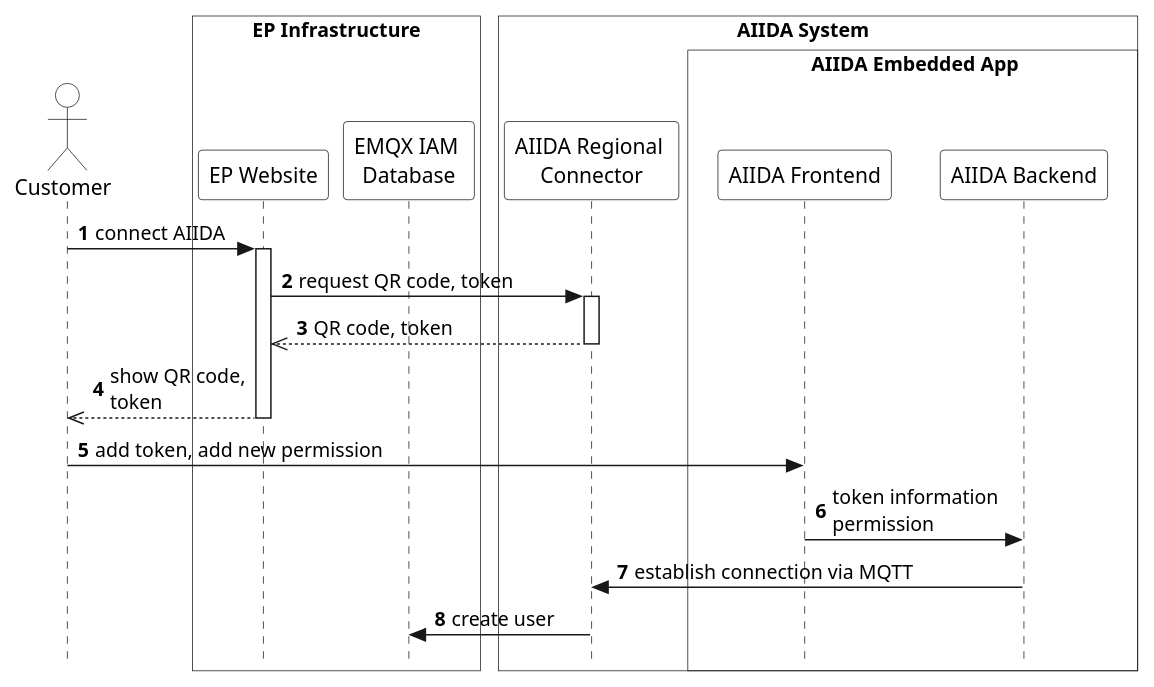
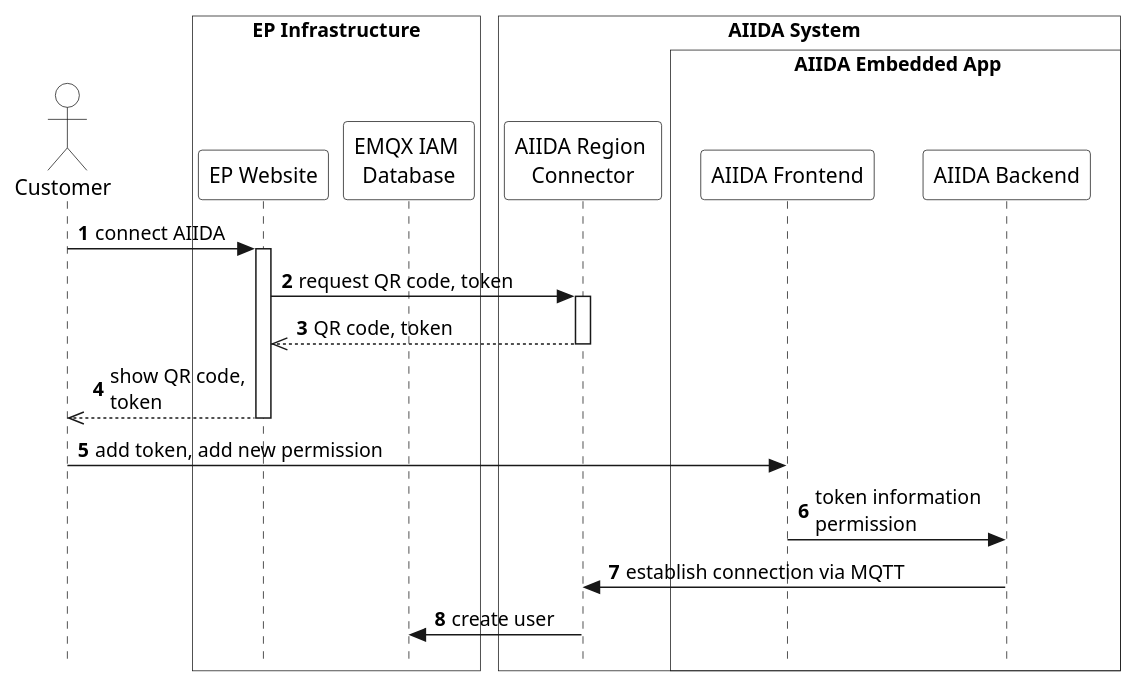
The diagram in arc42/aiida/runtime-view/figures/aiida_new_connection_token.puml (eddie-energy/architecture), drawn with PlantUML before and after one commit. The commit also changed 21 other files, not shown here.

Commit message:
Part of #126: Renamed Regional Connector to Region Connector.

```diff
--- a/arc42/aiida/runtime-view/figures/aiida_new_connection_token.puml
+++ b/arc42/aiida/runtime-view/figures/aiida_new_connection_token.puml
@@ -1,40 +1,40 @@
 @startuml aiida_new_connection_token
 'sequence diagram
 
 skinparam style strictuml
 skinparam sequence {
   ParticipantBackgroundColor transparent
   ActorBackgroundColor transparent
 }
 
 autonumber
 !pragma teoz true
 
 actor "Customer" as user
 box "EP Infrastructure" #transparent
 participant "EP Website" as website
 participant "EMQX IAM \nDatabase" as database
 end box
 box "\tAIIDA System\t\t"  #transparent
-participant "AIIDA Regional \nConnector" as connector
+participant "AIIDA Region \nConnector" as connector
 box "\t\tAIIDA Embedded App\t\t"  #transparent
 participant "AIIDA Frontend" as frontend
 participant "AIIDA Backend" as backend
 end box
 end box
 
 user -> website : connect AIIDA
 activate website
 website -> connector : request QR code, token
 activate connector
 connector -->> website : QR code, token
 deactivate connector
 website -->> user : show QR code,\ntoken
 deactivate website
 
 user -> frontend : add token, add new permission
 frontend -> backend : token information\npermission
 backend -> connector : establish connection via MQTT
 connector -> database : create user
 
 @enduml
```
